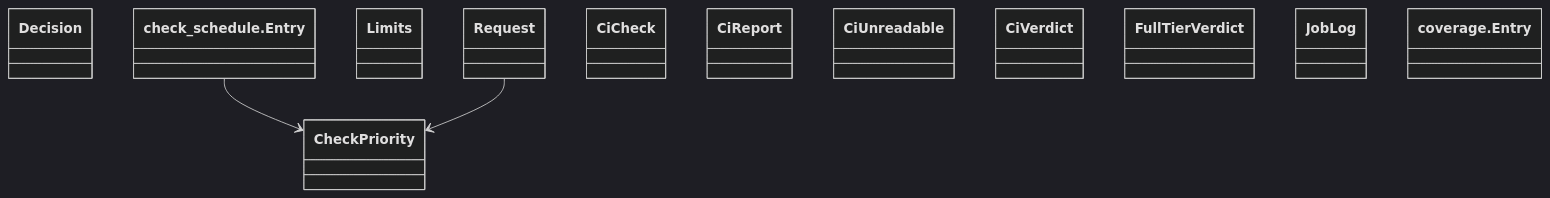
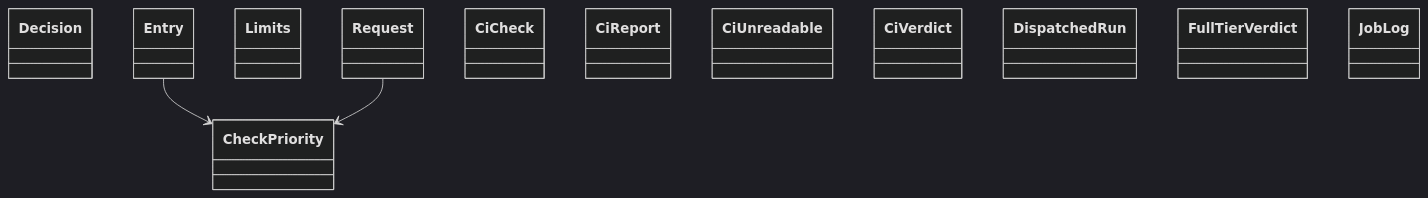
One commit to GonzaloZevallos/agentic-system changed the diagram in docs/architecture/generated/classes-process-domain-checks-1.md. Above: the diagram before and after it, drawn with Mermaid (dark theme). The commit also changed 2 other files, not shown here.

Commit message:
Regenerate the class diagrams that show DispatchedRun (GH-462)

````diff
--- a/docs/architecture/generated/classes-process-domain-checks-1.md
+++ b/docs/architecture/generated/classes-process-domain-checks-1.md
@@ -21,17 +21,17 @@
 ```mermaid
 classDiagram
     class check_schedule__CheckPriority["CheckPriority"]
     class check_schedule__Decision["Decision"]
-    class check_schedule__Entry["check_schedule.Entry"]
+    class check_schedule__Entry["Entry"]
     class check_schedule__Limits["Limits"]
     class check_schedule__Request["Request"]
     class ci__CiCheck["CiCheck"]
     class ci__CiReport["CiReport"]
     class ci__CiUnreadable["CiUnreadable"]
     class ci__CiVerdict["CiVerdict"]
+    class ci__DispatchedRun["DispatchedRun"]
     class ci__FullTierVerdict["FullTierVerdict"]
     class ci__JobLog["JobLog"]
-    class coverage__Entry["coverage.Entry"]
     check_schedule__Entry --> check_schedule__CheckPriority
     check_schedule__Request --> check_schedule__CheckPriority
 ```
````
